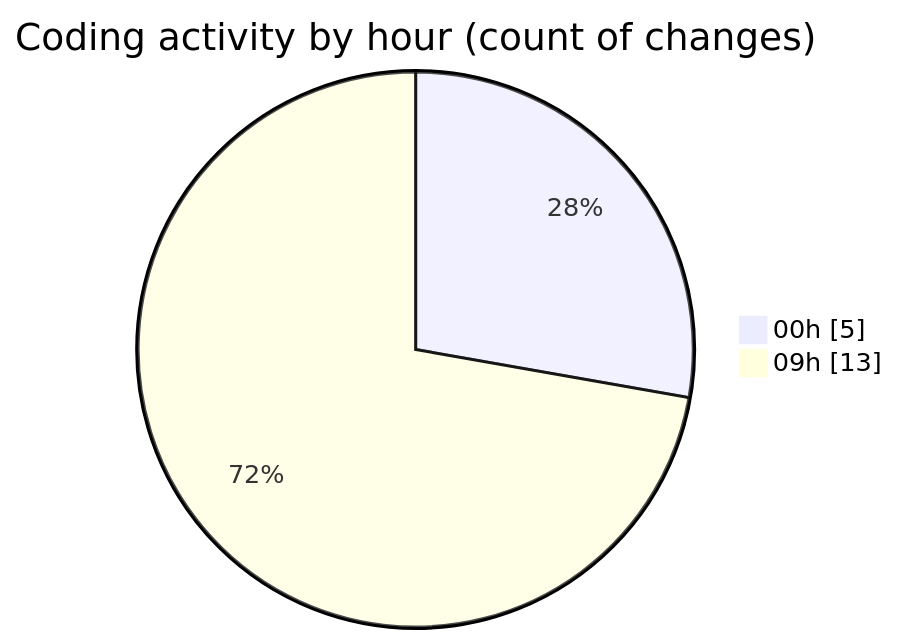
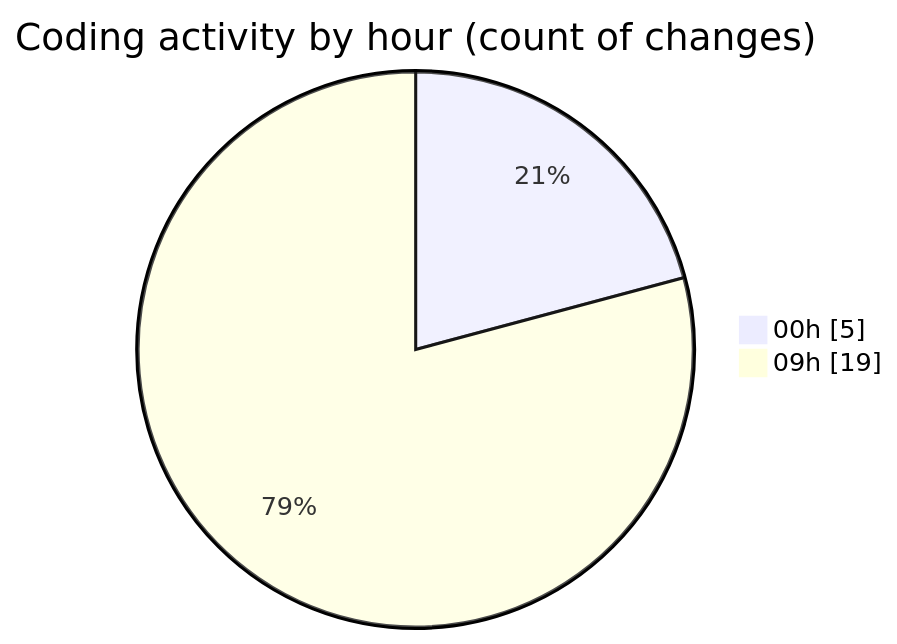
The second of 2 diagrams in 2025-11-19/eventscop-frontend-guide__workspace_/README.md (julien-gomy/code-tracking), drawn with Mermaid before and after one commit. The commit also changed other lines of this file and 1 other file, not shown here.

````diff
--- a/2025-11-19/eventscop-frontend-guide__workspace_/README.md
+++ b/2025-11-19/eventscop-frontend-guide__workspace_/README.md
@@ -40,6 +40,6 @@
 ```mermaid
 pie showData
 title Coding activity by hour (count of changes)
 "00h" : 5
-"09h" : 13
+"09h" : 19
 ```
````
